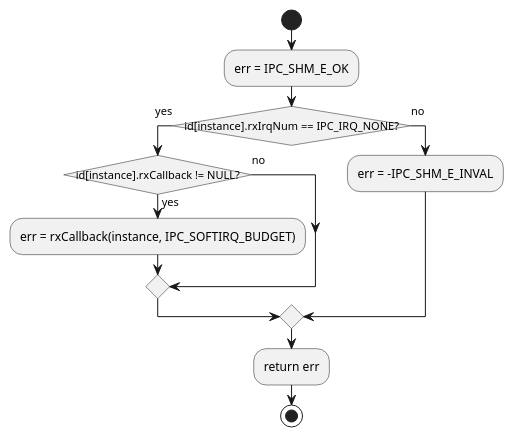
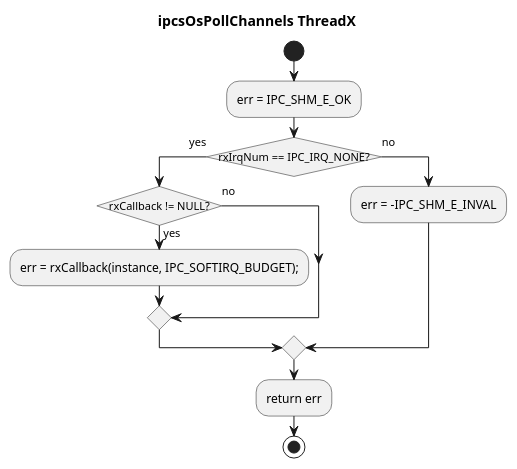
One commit to Mastang1/sad_sdd_proj changed the diagram in c1_sdd_linux-ipcs/cursor_tmp/flow_umls/tx_3_4_63.puml. Above: the diagram before and after it, drawn with PlantUML. The commit also changed 40 other files, not shown here.

Commit message:
fix the endif error in flow

```diff
--- a/c1_sdd_linux-ipcs/cursor_tmp/flow_umls/tx_3_4_63.puml
+++ b/c1_sdd_linux-ipcs/cursor_tmp/flow_umls/tx_3_4_63.puml
@@ -1,17 +1,18 @@
 @startuml
 !pragma layout smetana
 skinparam conditionStyle insideDiamond
 skinparam linetype ortho
+title ipcsOsPollChannels ThreadX
 start
 :err = IPC_SHM_E_OK;
-if (id[instance].rxIrqNum == IPC_IRQ_NONE?) then (yes)
-  if (id[instance].rxCallback != NULL?) then (yes)
-    :err = rxCallback(instance, IPC_SOFTIRQ_BUDGET);
+if (rxIrqNum == IPC_IRQ_NONE?) then (yes)
+  if (rxCallback != NULL?) then (yes)
+    :err = rxCallback(instance, IPC_SOFTIRQ_BUDGET);;
   else (no)
   endif
 else (no)
   :err = -IPC_SHM_E_INVAL;
 endif
 :return err;
 stop
 @enduml
```
